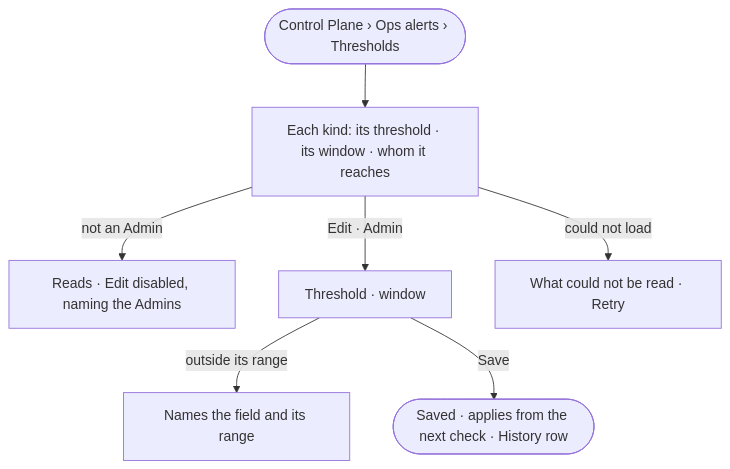
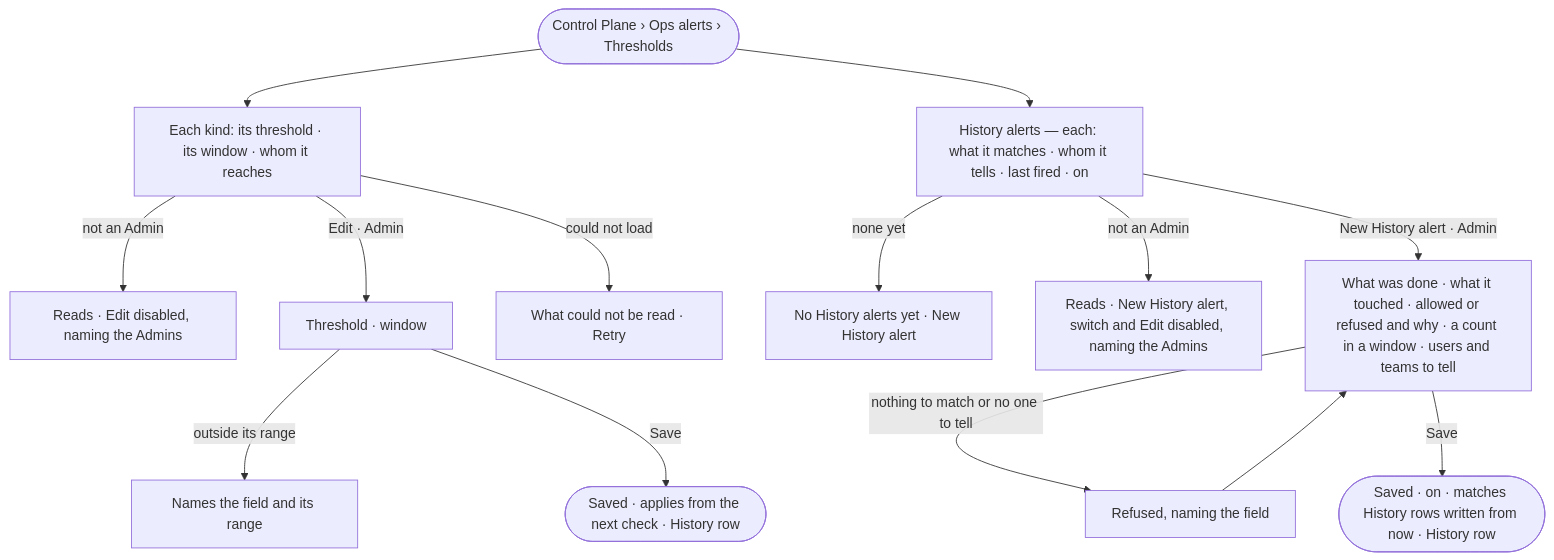
The diagram in specs/os/control/features/CP-F11-ops-alerting/stories/CP-60-tune-when-ops-alerts-fire/story.md (invana/invana), drawn with Mermaid before and after one commit. The commit also changed other lines of this file and 300 other files, not shown here.

````diff
--- a/specs/os/control/features/CP-F11-ops-alerting/stories/CP-60-tune-when-ops-alerts-fire/story.md
+++ b/specs/os/control/features/CP-F11-ops-alerting/stories/CP-60-tune-when-ops-alerts-fire/story.md
@@ -26,9 +27,15 @@
 ```mermaid
 flowchart TD
   s([Control Plane › Ops alerts › Thresholds]) --> l["Each kind: its threshold · its window · whom it reaches"]
   l -->|not an Admin| ro["Reads · Edit disabled, naming the Admins"]
   l -->|Edit · Admin| e["Threshold · window"]
   e -->|outside its range| r["Names the field and its range"]
   e -->|Save| ok(["Saved · applies from the next check · History row"])
   l -->|could not load| f["What could not be read · Retry"]
+  s --> h["History alerts — each: what it matches · whom it tells · last fired · on"]
+  h -->|none yet| he["No History alerts yet · New History alert"]
+  h -->|not an Admin| hro["Reads · New History alert, switch and Edit disabled, naming the Admins"]
+  h -->|New History alert · Admin| hn["What was done · what it touched · allowed or refused and why · a count in a window · users and teams to tell"]
+  hn -->|nothing to match or no one to tell| hx["Refused, naming the field"] --> hn
+  hn -->|Save| hok(["Saved · on · matches History rows written from now · History row"])
 ```
````
